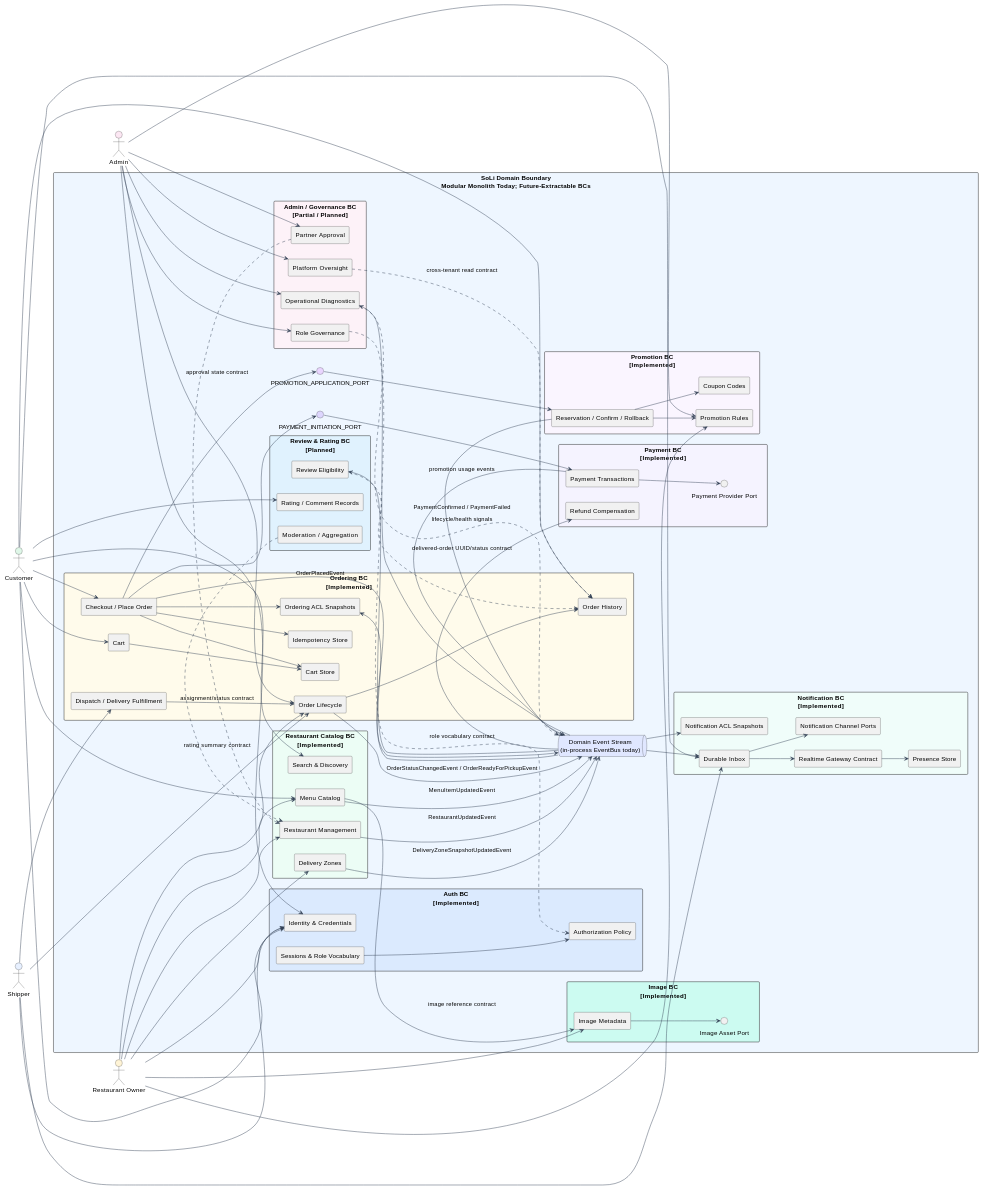
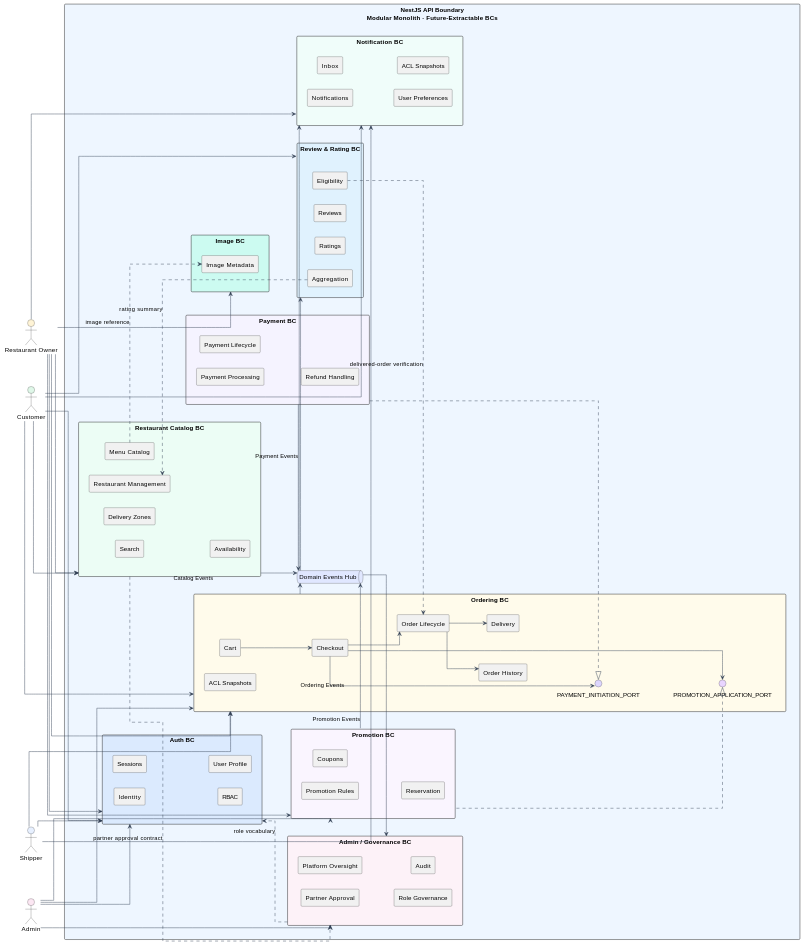
Before and after one commit to luubinhdeptrai/Food_Delivery: the first of 4 diagrams in apps/api/docs/Final_Documents/ASR-ADD-SAD/ADD_FoodDelivery.md, drawn with PlantUML. The commit also changed other lines of this file, not shown here.

Commit message:
complete Logcial view

````diff
--- a/apps/api/docs/Final_Documents/ASR-ADD-SAD/ADD_FoodDelivery.md
+++ b/apps/api/docs/Final_Documents/ASR-ADD-SAD/ADD_FoodDelivery.md
@@ -712,151 +712,153 @@
 skinparam defaultTextAlignment center
 skinparam ArrowColor #334155
 left to right direction
+skinparam linetype ortho
 
 actor Customer #DFF7E8
 actor "Restaurant Owner" as RestaurantOwner #FFF4D6
 actor Shipper #E7F0FF
 actor Admin #FCE7F3
 
-rectangle "SoLi Domain Boundary\nModular Monolith Today; Future-Extractable BCs" as Domain #EEF6FF {
-  package "Auth BC\n[Implemented]" #DBEAFE {
-    component "Identity & Credentials" as AuthIdentity
-    component "Sessions & Role Vocabulary" as AuthSessions
-    component "Authorization Policy" as AuthPolicy
+rectangle "NestJS API Boundary\nModular Monolith · Future-Extractable BCs" as Domain #EEF6FF {
+
+  package "Auth BC" as AuthBC #DBEAFE {
+    component "Identity" as AuthIdentity
+    component "Sessions" as AuthSessions
+    component "RBAC" as AuthRBAC
+    component "User Profile" as AuthProfile
   }
 
-  package "Restaurant Catalog BC\n[Implemented]" #ECFDF5 {
-    component "Restaurant Management" as RestaurantMgmt
-    component "Menu Catalog" as MenuCatalog
-    component "Search & Discovery" as Search
-    component "Delivery Zones" as DeliveryZones
+  package "Restaurant Catalog BC" as CatalogBC #ECFDF5 {
+    component "Restaurant Management" as CatalogRestaurant
+    component "Menu Catalog" as CatalogMenu
+    component "Search" as CatalogSearch
+    component "Delivery Zones" as CatalogDeliveryZones
+    component "Availability" as CatalogAvailability
   }
 
-  package "Image BC\n[Implemented]" #CCFBF1 {
-    component "Image Metadata" as ImageMetadata
-    interface "Image Asset Port" as ImageAssetPort
+  package "Image BC" as ImageBC #CCFBF1 {
+    component "Image Metadata" as ImageMeta
   }
 
-  package "Ordering BC\n[Implemented]" #FFFBEB {
-    component "Cart" as Cart
-    component "Cart Store" as CartStore
-    component "Checkout / Place Order" as Checkout
-    component "Idempotency Store" as IdempotencyStore
-    component "Order Lifecycle" as OrderLifecycle
-    component "Dispatch / Delivery Fulfillment" as DeliveryFulfillment
-    component "Order History" as OrderHistory
-    component "Ordering ACL Snapshots" as OrderingACL
+  package "Ordering BC" as OrderingBC #FFFBEB {
+    component "Cart" as OrderingCart
+    component "Checkout" as OrderingCheckout
+    component "Order Lifecycle" as OrderingLifecycle
+    component "Delivery" as OrderingDelivery
+    component "Order History" as OrderingHistory
+    component "ACL Snapshots" as OrderingACL
+    interface "PAYMENT_INITIATION_PORT" as PaymentPort #DDD6FE
+    interface "PROMOTION_APPLICATION_PORT" as PromotionPort #E9D5FF
   }
 
-  package "Payment BC\n[Implemented]" #F5F3FF {
-    component "Payment Transactions" as PaymentTransactions
-    interface "Payment Provider Port" as PaymentProviderPort
-    component "Refund Compensation" as RefundCompensation
+  package "Payment BC" as PaymentBC #F5F3FF {
+    component "Payment Processing" as PaymentProcessing
+    component "Payment Lifecycle" as PaymentLifecycle
+    component "Refund Handling" as PaymentRefunds
   }
 
-  package "Promotion BC\n[Implemented]" #FAF5FF {
+  package "Promotion BC" as PromotionBC #FAF5FF {
     component "Promotion Rules" as PromotionRules
-    component "Coupon Codes" as CouponCodes
-    component "Reservation / Confirm / Rollback" as PromotionReservation
+    component "Coupons" as PromotionCoupons
+    component "Reservation" as PromotionReservation
   }
 
-  package "Notification BC\n[Implemented]" #F0FDFA {
-    component "Durable Inbox" as DurableInbox
-    component "Realtime Gateway Contract" as RealtimeGateway
-    component "Presence Store" as PresenceStore
-    component "Notification Channel Ports" as NotificationChannelPorts
-    component "Notification ACL Snapshots" as NotificationACL
+  package "Notification BC" as NotificationBC #F0FDFA {
+    component "Notifications" as NotificationNotifications
+    component "Inbox" as NotificationInbox
+    component "User Preferences" as NotificationPrefs
+    component "ACL Snapshots" as NotificationACL
   }
 
-  package "Review & Rating BC\n[Planned]" #E0F2FE {
-    component "Review Eligibility" as ReviewEligibility
-    component "Rating / Comment Records" as ReviewRecords
-    component "Moderation / Aggregation" as ReviewAggregation
+  package "Review & Rating BC" as ReviewBC #E0F2FE {
+    component "Eligibility" as ReviewEligibility
+    component "Reviews" as ReviewReviews
+    component "Ratings" as ReviewRatings
+    component "Aggregation" as ReviewAggregation
   }
 
-  package "Admin / Governance BC\n[Partial / Planned]" #FDF2F8 {
-    component "Partner Approval" as PartnerApproval
-    component "Platform Oversight" as PlatformOversight
-    component "Role Governance" as RoleGovernance
-    component "Operational Diagnostics" as OperationalDiagnostics
+  package "Admin / Governance BC" as GovernanceBC #FDF2F8 {
+    component "Partner Approval" as GovernanceApproval
+    component "Platform Oversight" as GovernanceOversight
+    component "Role Governance" as GovernanceRole
+    component "Audit" as GovernanceAudit
   }
 
-  queue "Domain Event Stream\n(in-process EventBus today)" as DomainEvents #E0E7FF
-  interface "PAYMENT_INITIATION_PORT" as PaymentPort #DDD6FE
-  interface "PROMOTION_APPLICATION_PORT" as PromotionPort #E9D5FF
+  queue "Domain Events Hub" as DomainEvents #E0E7FF
+
+  ' ── 2-column grid alignment (hidden links) ──────────────────────
+  AuthBC         -[hidden]right-> CatalogBC
+  ImageBC        -[hidden]right-> OrderingBC
+  PaymentBC      -[hidden]right-> PromotionBC
+  NotificationBC -[hidden]right-> ReviewBC
+
+  AuthBC         -[hidden]down-> ImageBC
+  CatalogBC      -[hidden]down-> OrderingBC
+  ImageBC        -[hidden]down-> PaymentBC
+  OrderingBC     -[hidden]down-> PromotionBC
+  PaymentBC      -[hidden]down-> NotificationBC
+  PromotionBC    -[hidden]down-> ReviewBC
+  NotificationBC -[hidden]down-> GovernanceBC
+  GovernanceBC   -[hidden]down-> DomainEvents
+  OrderingHistory -[hidden]down-> PaymentPort
+  PaymentPort    -[hidden]down-> PromotionPort
+
+  ' ── Key intra-BC flow ───────────────────────────────────────────
+  OrderingCart     --> OrderingCheckout
+  OrderingCheckout --> OrderingLifecycle
+  OrderingLifecycle --> OrderingDelivery
+  OrderingLifecycle --> OrderingHistory
+
+  ' ── Port usage (Ordering defines) · implementation (Payment / Promotion)
+  OrderingCheckout --> PaymentPort
+  OrderingCheckout --> PromotionPort
+  PaymentBC        ..|> PaymentPort
+  PromotionBC      ..|> PromotionPort
+
+  ' ── Cross-BC contracts (dotted) ─────────────────────────────────
+  CatalogMenu       ..> ImageMeta         : image reference
+  ReviewEligibility ..> OrderingLifecycle  : delivered-order verification
+  ReviewAggregation ..> CatalogRestaurant  : rating summary
+  GovernanceBC      ..> AuthBC            : role vocabulary
+  CatalogBC         ..> GovernanceBC      : partner approval contract
+
+  ' ── Domain Events Hub (publishers → hub → consumers) ────────────
+  CatalogBC   --> DomainEvents : Catalog Events
+  OrderingBC  --> DomainEvents : Ordering Events
+  PaymentBC   --> DomainEvents : Payment Events
+  PromotionBC --> DomainEvents : Promotion Events
+  DomainEvents --> NotificationBC
+  DomainEvents --> ReviewBC
+  DomainEvents --> GovernanceBC
 }
 
-Customer --> AuthIdentity
-Customer --> Search
-Customer --> MenuCatalog
-Customer --> Cart
-Customer --> Checkout
-Customer --> OrderHistory
-Customer --> DurableInbox
-Customer --> ReviewRecords
+' ── Actor → BC connections (BC level only) ───────────────────────
+' ── Authentication (all authenticated actors) ────────────────────
+Customer        --> AuthBC
+RestaurantOwner --> AuthBC
+Shipper         --> AuthBC
+Admin           --> AuthBC
 
-RestaurantOwner --> AuthIdentity
-RestaurantOwner --> RestaurantMgmt
-RestaurantOwner --> MenuCatalog
-RestaurantOwner --> DeliveryZones
-RestaurantOwner --> ImageMetadata
-RestaurantOwner --> OrderLifecycle
-RestaurantOwner --> PromotionRules
+' ── Customer capabilities ────────────────────────────────────────
+Customer        --> CatalogBC
+Customer        --> OrderingBC
+Customer        --> NotificationBC
+Customer        --> ReviewBC
 
-Shipper --> AuthIdentity
-Shipper --> OrderLifecycle
-Shipper --> DeliveryFulfillment
-Shipper --> DurableInbox
+' ── Restaurant Owner capabilities ───────────────────────────────
+RestaurantOwner --> CatalogBC
+RestaurantOwner --> ImageBC
+RestaurantOwner --> OrderingBC
+RestaurantOwner --> PromotionBC
+RestaurantOwner --> NotificationBC
 
-Admin --> AuthIdentity
-Admin --> PartnerApproval
-Admin --> PlatformOversight
-Admin --> RoleGovernance
-Admin --> OperationalDiagnostics
-Admin --> OrderLifecycle
-Admin --> PromotionRules
+' ── Shipper capabilities ─────────────────────────────────────────
+Shipper --> OrderingBC
+Shipper --> NotificationBC
 
-AuthSessions --> AuthPolicy
-Cart --> CartStore
-Checkout --> CartStore
-Checkout --> IdempotencyStore
-Checkout --> OrderingACL
-DeliveryFulfillment --> OrderLifecycle : assignment/status contract
-OrderLifecycle --> OrderHistory
-RealtimeGateway --> PresenceStore
-DurableInbox --> RealtimeGateway
-DurableInbox --> NotificationChannelPorts
-MenuCatalog --> ImageMetadata : image reference contract
-ImageMetadata --> ImageAssetPort
-
-RestaurantMgmt --> DomainEvents : RestaurantUpdatedEvent
-MenuCatalog --> DomainEvents : MenuItemUpdatedEvent
-DeliveryZones --> DomainEvents : DeliveryZoneSnapshotUpdatedEvent
-Checkout --> DomainEvents : OrderPlacedEvent
-OrderLifecycle --> DomainEvents : OrderStatusChangedEvent / OrderReadyForPickupEvent
-PaymentTransactions --> DomainEvents : PaymentConfirmed / PaymentFailed
-PromotionReservation --> DomainEvents : promotion usage events
-
-DomainEvents --> OrderingACL
-DomainEvents --> NotificationACL
-DomainEvents --> DurableInbox
-DomainEvents --> RefundCompensation
-DomainEvents --> ReviewEligibility
-DomainEvents --> OperationalDiagnostics
-
-Checkout --> PaymentPort
-PaymentPort --> PaymentTransactions
-PaymentTransactions --> PaymentProviderPort
-Checkout --> PromotionPort
-PromotionPort --> PromotionReservation
-PromotionReservation --> PromotionRules
-PromotionReservation --> CouponCodes
-
-PartnerApproval ..> RestaurantMgmt : approval state contract
-RoleGovernance ..> AuthPolicy : role vocabulary contract
-PlatformOversight ..> OrderHistory : cross-tenant read contract
-OperationalDiagnostics ..> DomainEvents : lifecycle/health signals
-ReviewEligibility ..> OrderHistory : delivered-order UUID/status contract
-ReviewAggregation ..> RestaurantMgmt : rating summary contract
+' ── Admin capabilities ───────────────────────────────────────────
+Admin --> GovernanceBC
+Admin --> OrderingBC
+Admin --> PromotionBC
 @enduml
 ```
````
